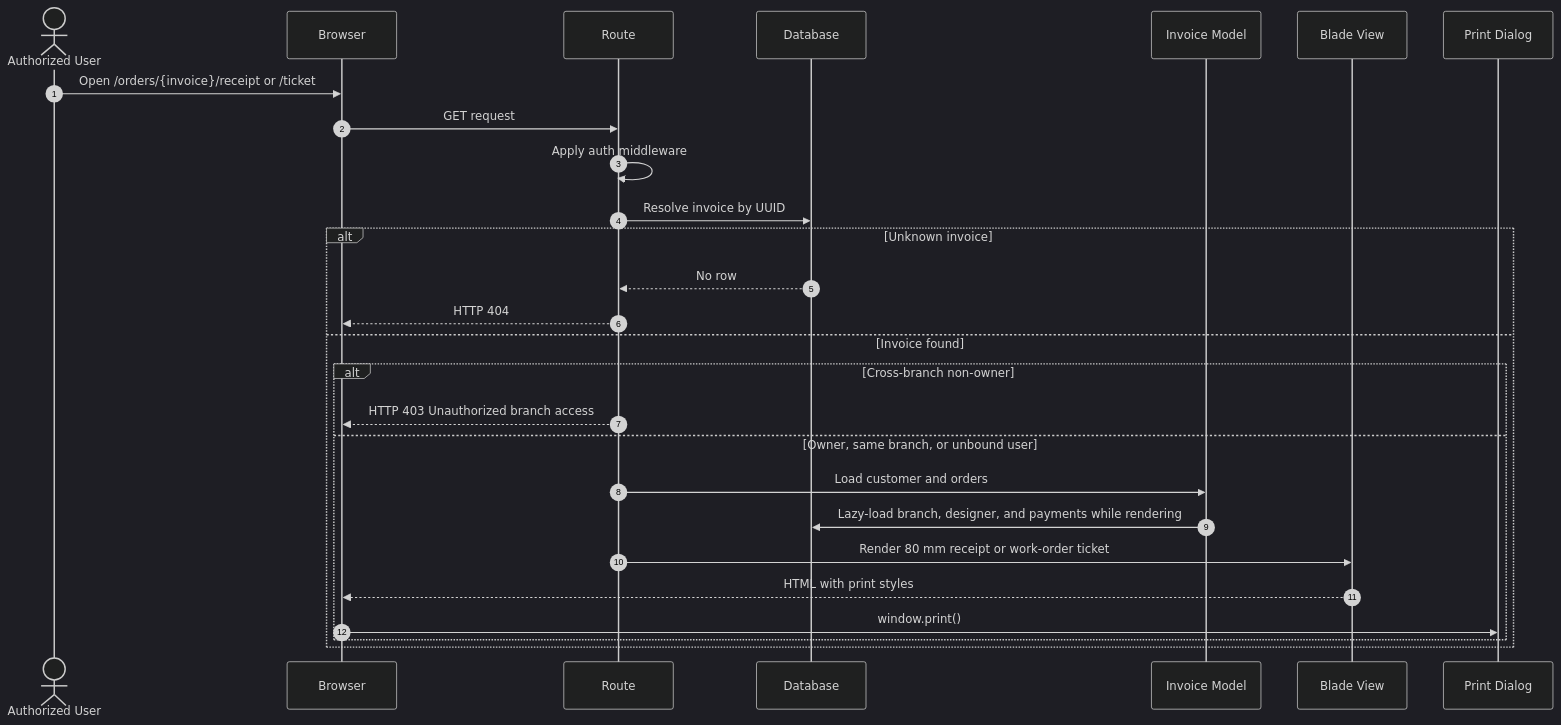
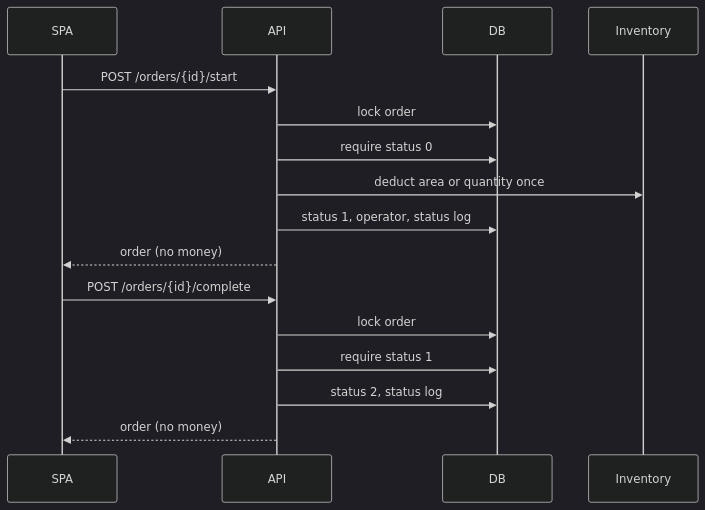
The fourth of 8 diagrams in docs/architecture/sequence-diagrams.md (Arukast/pos_alja), drawn with Mermaid (dark theme) before and after one commit. The commit also changed other lines of this file and 10 other files, not shown here.

Commit message:
docs: document api-first architecture

````diff
--- a/docs/architecture/sequence-diagrams.md
+++ b/docs/architecture/sequence-diagrams.md
@@ -450,30 +68,19 @@
 ```mermaid
 sequenceDiagram
-    autonumber
-    actor A as Authorized User
-    participant B as Browser
-    participant RT as Route
-    participant DB as Database
-    participant IV as Invoice Model
-    participant V as Blade View
-    participant PR as Print Dialog
+    participant SPA
+    participant API
+    participant DB
+    participant Inventory
 
-    A->>B: Open /orders/{invoice}/receipt or /ticket
-    B->>RT: GET request
-    RT->>RT: Apply auth middleware
-    RT->>DB: Resolve invoice by UUID
-    alt Unknown invoice
-        DB-->>RT: No row
-        RT-->>B: HTTP 404
-    else Invoice found
-        alt Cross-branch non-owner
-            RT-->>B: HTTP 403 Unauthorized branch access
-        else Owner, same branch, or unbound user
-            RT->>IV: Load customer and orders
-            IV->>DB: Lazy-load branch, designer, and payments while rendering
-            RT->>V: Render 80 mm receipt or work-order ticket
-            V-->>B: HTML with print styles
-            B->>PR: window.print()
-        end
-    end
+    SPA->>API: POST /orders/{id}/start
+    API->>DB: lock order
+    API->>DB: require status 0
+    API->>Inventory: deduct area or quantity once
+    API->>DB: status 1, operator, status log
+    API-->>SPA: order (no money)
+    SPA->>API: POST /orders/{id}/complete
+    API->>DB: lock order
+    API->>DB: require status 1
+    API->>DB: status 2, status log
+    API-->>SPA: order (no money)
 ```
````
